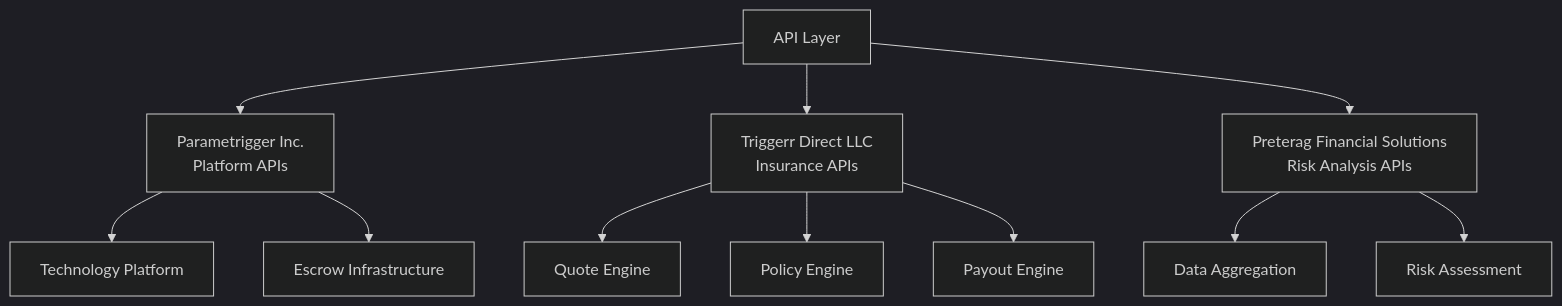
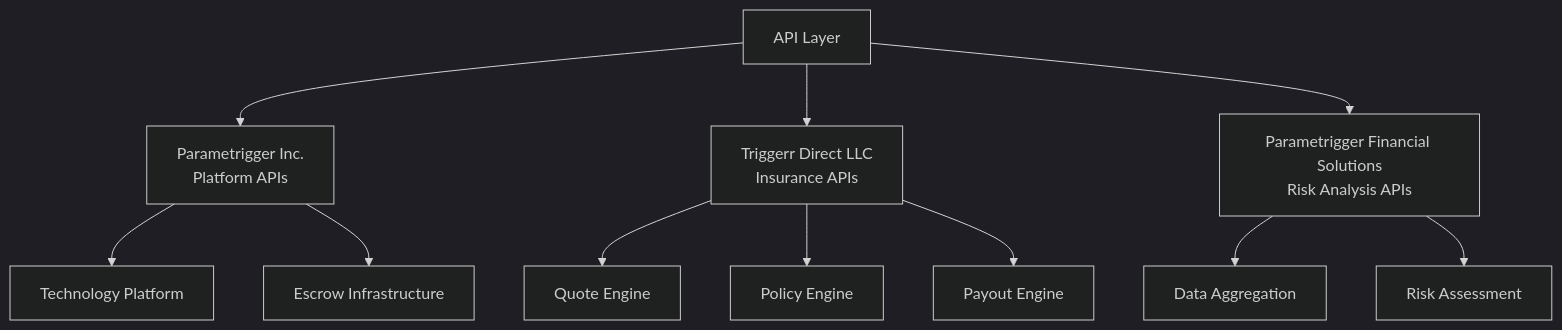
The diagram in docs/02_architecture/01_TECHNICAL_OVERVIEW.md (e3o8o/triggerr), drawn with Mermaid (dark theme) before and after one commit. The commit also changed 39 other files, not shown here.

````diff
--- a/docs/02_architecture/01_TECHNICAL_OVERVIEW.md
+++ b/docs/02_architecture/01_TECHNICAL_OVERVIEW.md
@@ -77,16 +77,16 @@
 ```mermaid
 graph TD
     A[API Layer] --> B[Parametrigger Inc.<br/>Platform APIs]
     A --> C[Triggerr Direct LLC<br/>Insurance APIs]
-    A --> D[Preterag Financial Solutions<br/>Risk Analysis APIs]
+    A --> D[Parametrigger Financial Solutions<br/>Risk Analysis APIs]
     
     B --> B1[Technology Platform]
     B --> B2[Escrow Infrastructure]
     
     C --> C1[Quote Engine]
     C --> C2[Policy Engine]
     C --> C3[Payout Engine]
     
     D --> D1[Data Aggregation]
     D --> D2[Risk Assessment]
 ```
````
